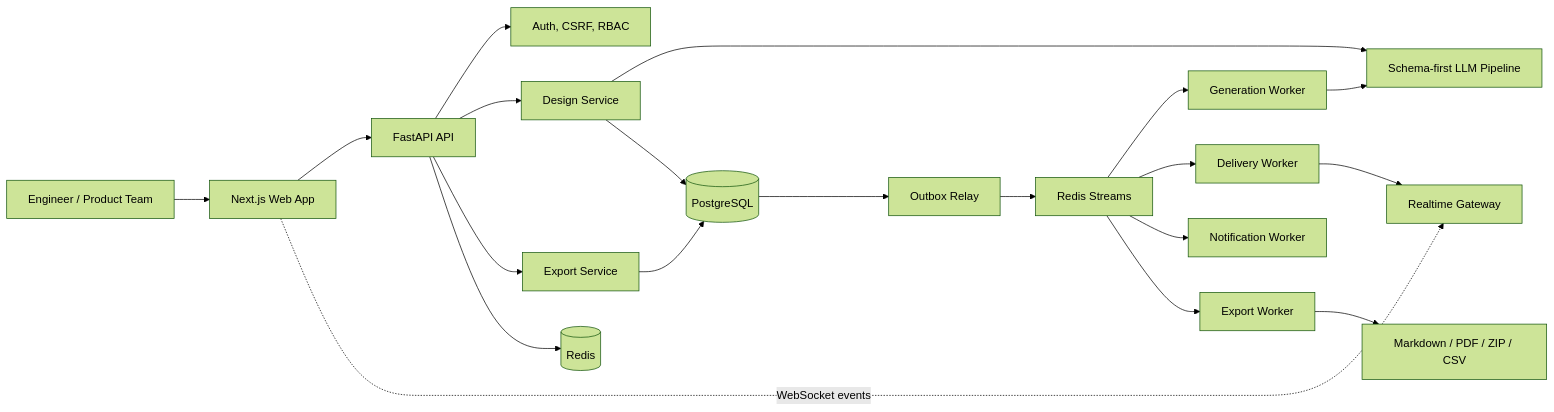
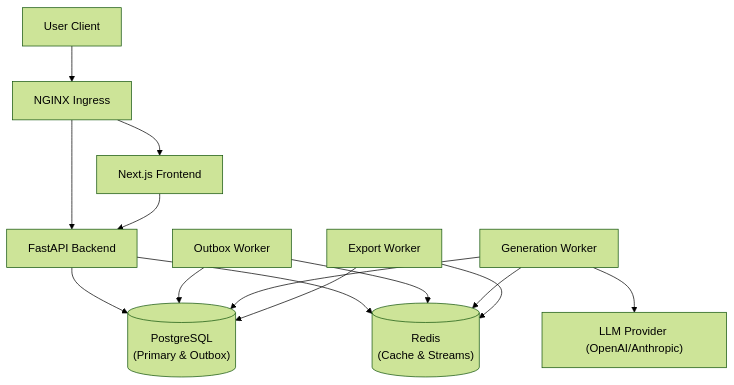
Before and after one commit to ardamoustafa1/SystemForge-AI: the first of 3 diagrams in docs/ARCHITECTURE.md, drawn with Mermaid (forest theme). The commit also changed other lines of this file, not shown here.

Commit message:
docs: Update ARCHITECTURE.md documentation

````diff
--- a/docs/ARCHITECTURE.md
+++ b/docs/ARCHITECTURE.md
@@ -7,22 +19,20 @@
 ```mermaid
-flowchart LR
-    User["Engineer / Product Team"] --> Web["Next.js Web App"]
-    Web --> API["FastAPI API"]
-    Web -. "WebSocket events" .-> WS["Realtime Gateway"]
-    API --> Auth["Auth, CSRF, RBAC"]
-    API --> Design["Design Service"]
-    API --> Export["Export Service"]
-    Design --> LLM["Schema-first LLM Pipeline"]
-    Design --> DB[("PostgreSQL")]
-    Export --> DB
-    API --> Redis[("Redis")]
-    DB --> Outbox["Outbox Relay"]
-    Outbox --> Streams["Redis Streams"]
-    Streams --> Generation["Generation Worker"]
-    Streams --> Delivery["Delivery Worker"]
-    Streams --> Notification["Notification Worker"]
-    Streams --> ExportWorker["Export Worker"]
-    Generation --> LLM
-    Delivery --> WS
-    ExportWorker --> Artifacts["Markdown / PDF / ZIP / CSV"]
+graph TD
+    User["User Client"] --> Ingress["NGINX Ingress"]
+    Ingress --> Frontend["Next.js Frontend"]
+    Ingress --> API["FastAPI Backend"]
+    Frontend --> API
+    
+    API --> PG[("PostgreSQL\n(Primary & Outbox)")]
+    API --> Redis[("Redis\n(Cache & Streams)")]
+    
+    OutboxWorker["Outbox Worker"] --> PG
+    OutboxWorker --> Redis
+    
+    GenWorker["Generation Worker"] --> Redis
+    GenWorker --> PG
+    GenWorker --> LLM["LLM Provider (OpenAI/Anthropic)"]
+    
+    ExportWorker["Export Worker"] --> Redis
+    ExportWorker --> PG
 ```
````
